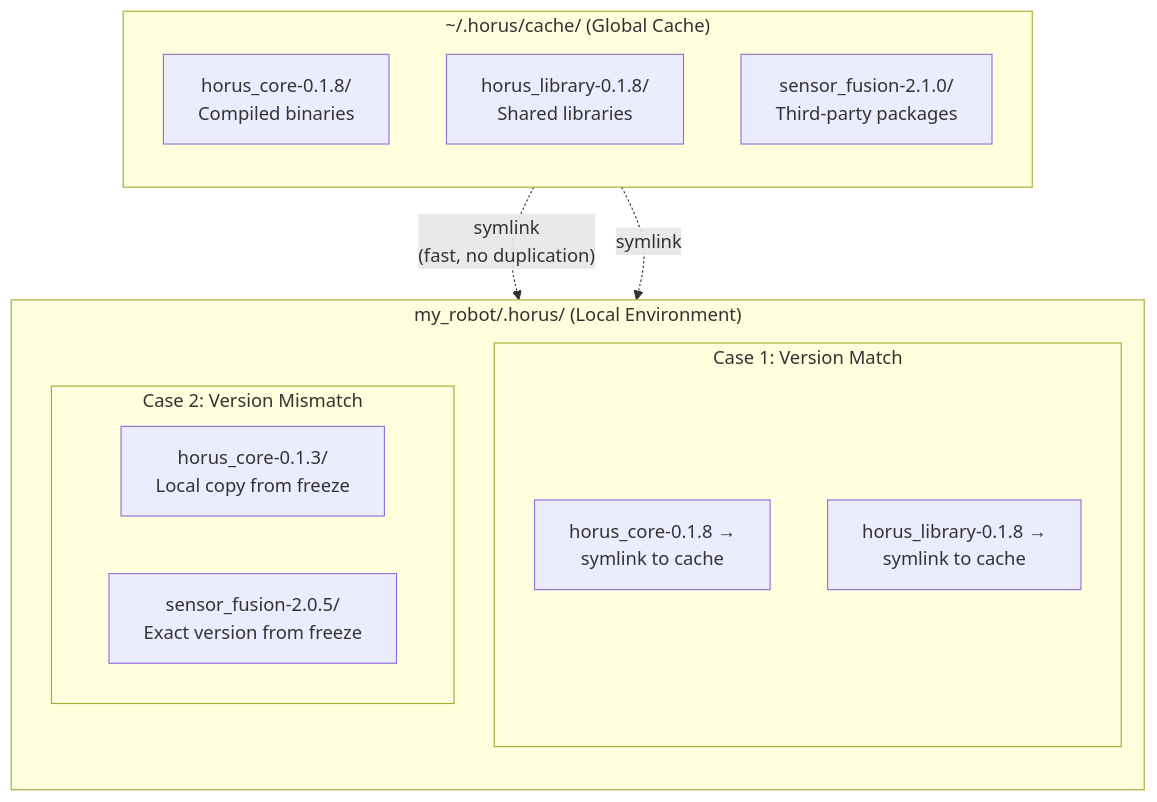
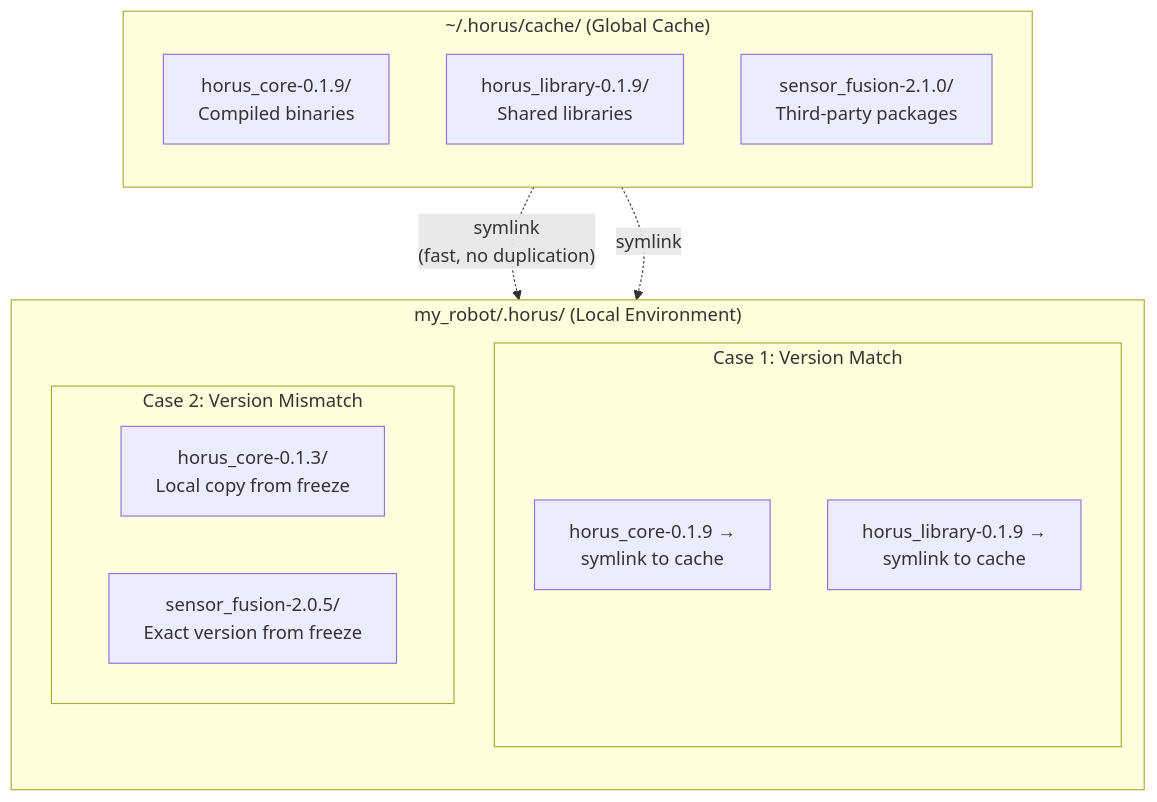
Before and after one commit to softmata/horus: the fourth of 4 diagrams in README.md, drawn with Mermaid. The commit also changed other lines of this file and 22 other files, not shown here.

````diff
--- a/README.md
+++ b/README.md
@@ -803,24 +803,24 @@
 ```mermaid
 flowchart TB
     subgraph GLOBAL["~/.horus/cache/ (Global Cache)"]
         direction TB
-        G1["horus_core-0.1.8/<br/>Compiled binaries"]
-        G2["horus_library-0.1.8/<br/>Shared libraries"]
+        G1["horus_core-0.1.9/<br/>Compiled binaries"]
+        G2["horus_library-0.1.9/<br/>Shared libraries"]
         G3["sensor_fusion-2.1.0/<br/>Third-party packages"]
     end
 
     subgraph LOCAL["my_robot/.horus/ (Local Environment)"]
         direction TB
         subgraph MATCH["Case 1: Version Match"]
-            L1["horus_core-0.1.8 →<br/>symlink to cache"]
-            L2["horus_library-0.1.8 →<br/>symlink to cache"]
+            L1["horus_core-0.1.9 →<br/>symlink to cache"]
+            L2["horus_library-0.1.9 →<br/>symlink to cache"]
         end
         subgraph MISMATCH["Case 2: Version Mismatch"]
             L3["horus_core-0.1.3/<br/>Local copy from freeze"]
             L4["sensor_fusion-2.0.5/<br/>Exact version from freeze"]
         end
     end
 
     G1 -.->|"symlink<br/>(fast, no duplication)"| L1
     G2 -.->|"symlink"| L2
 ```
````
